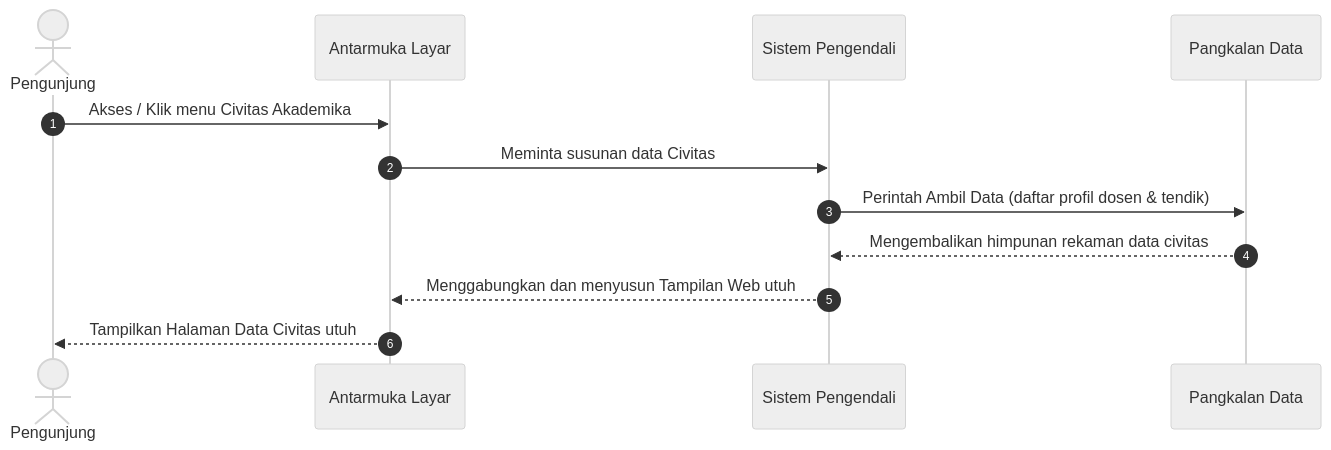
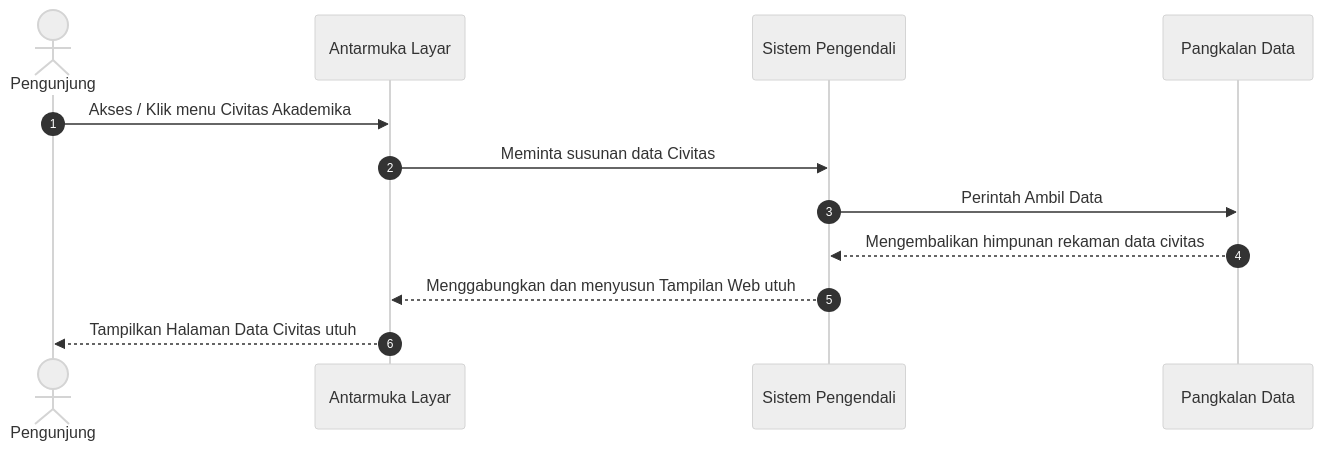
One commit to arbain-dev/Web_fikom changed the second of 39 diagrams in docs/02_DIAGRAM_URUTAN_SEQUENCE.md. Above: the diagram before and after it, drawn with Mermaid (neutral theme). The commit also changed other lines of this file, not shown here.

````diff
--- a/docs/02_DIAGRAM_URUTAN_SEQUENCE.md
+++ b/docs/02_DIAGRAM_URUTAN_SEQUENCE.md
@@ -42,18 +42,18 @@
 ```mermaid
 sequenceDiagram
     autonumber
     
     actor User as Pengunjung
     participant Frontend as Antarmuka Layar
     participant Backend as Sistem Pengendali
     participant Database as Pangkalan Data
 
     User->>Frontend: Akses / Klik menu Civitas Akademika
     Frontend->>Backend: Meminta susunan data Civitas
     
-    Backend->>Database: Perintah Ambil Data (daftar profil dosen & tendik)
+    Backend->>Database: Perintah Ambil Data
     Database-->>Backend: Mengembalikan himpunan rekaman data civitas
     
     Backend-->>Frontend: Menggabungkan dan menyusun Tampilan Web utuh
     Frontend-->>User: Tampilkan Halaman Data Civitas utuh
 ```
````
